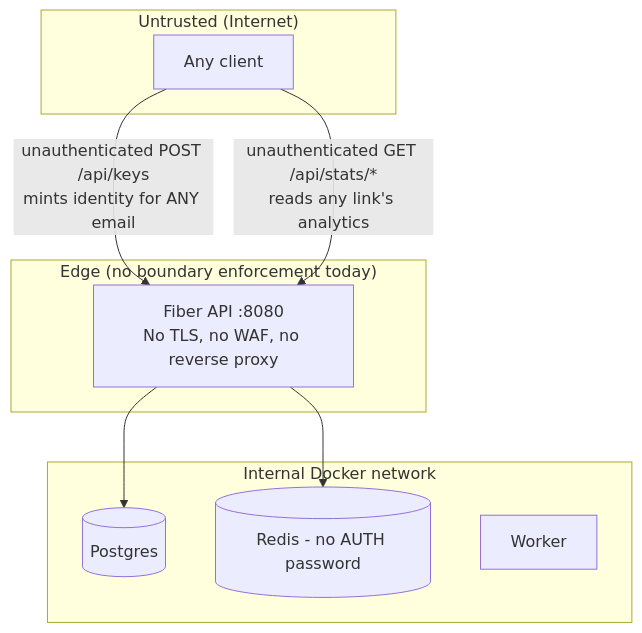
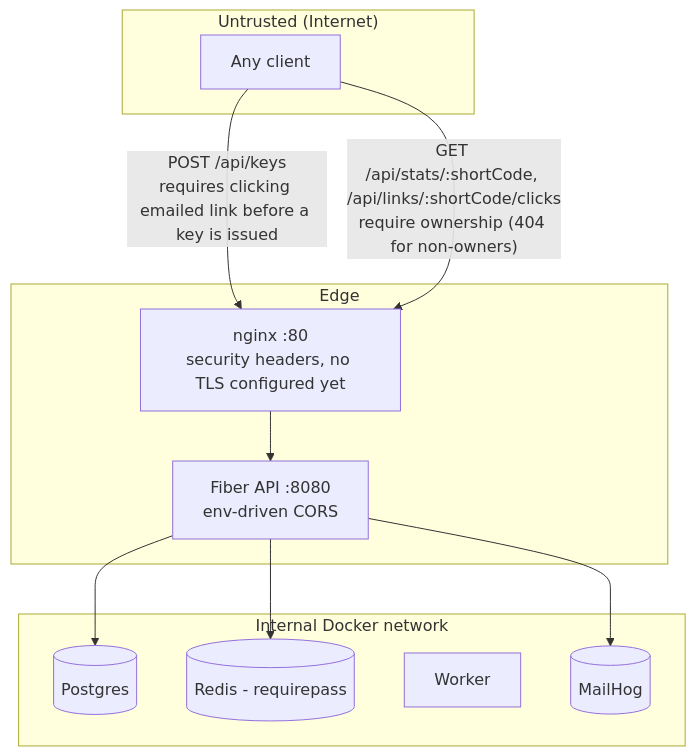
The second of 7 diagrams in docs/system-design/02-high-level-design.md (secretJod/Url-Shortner), drawn with Mermaid before and after one commit. The commit also changed other lines of this file and 17 other files, not shown here.

````diff
--- a/docs/system-design/02-high-level-design.md
+++ b/docs/system-design/02-high-level-design.md
@@ -33,18 +39,22 @@
 ```mermaid
 flowchart TB
     subgraph Untrusted["Untrusted (Internet)"]
         U[Any client]
     end
-    subgraph Edge["Edge (no boundary enforcement today)"]
-        API["Fiber API :8080\nNo TLS, no WAF, no reverse proxy"]
+    subgraph Edge["Edge"]
+        Nginx["nginx :80\nsecurity headers, no TLS configured yet"]
+        API["Fiber API :8080\nenv-driven CORS"]
     end
     subgraph Internal["Internal Docker network"]
         PG[(Postgres)]
-        R[(Redis - no AUTH password)]
+        R[(Redis - requirepass)]
         Worker
+        Mail[(MailHog)]
     end
-    U -->|"unauthenticated POST /api/keys\nmints identity for ANY email"| API
-    U -->|"unauthenticated GET /api/stats/*\nreads any link's analytics"| API
+    U -->|"POST /api/keys\nrequires clicking emailed link before a key is issued"| Nginx
+    U -->|"GET /api/stats/:shortCode, /api/links/:shortCode/clicks\nrequire ownership (404 for non-owners)"| Nginx
+    Nginx --> API
     API --> PG
     API --> R
+    API --> Mail
 ```
````
